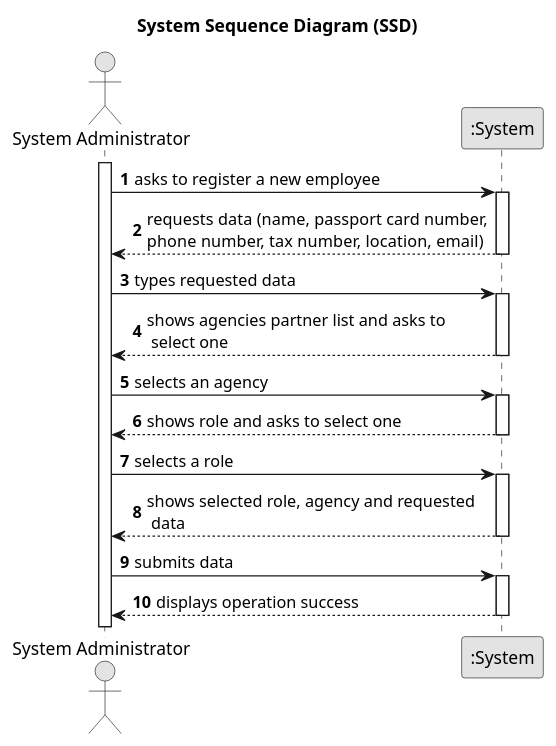
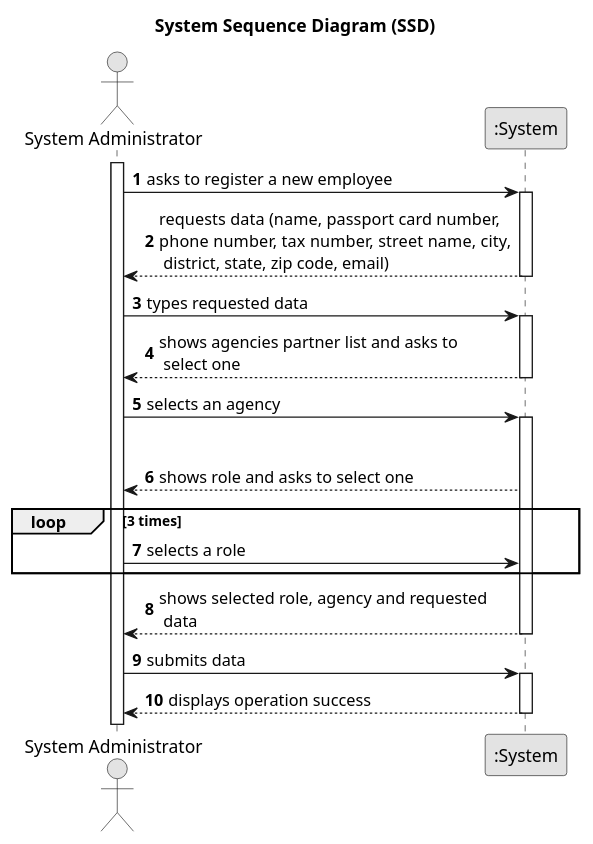
One commit to rita-barbosa/LAPR2-2223 changed the diagram in docs/sprintB/us003/01.requirements-engineering/puml/us003-system-sequence-diagram.puml. Above: the diagram before and after it, drawn with PlantUML. The commit also changed 2 other files, not shown here.

```diff
--- a/docs/sprintB/us003/01.requirements-engineering/puml/us003-system-sequence-diagram.puml
+++ b/docs/sprintB/us003/01.requirements-engineering/puml/us003-system-sequence-diagram.puml
@@ -1,47 +1,45 @@
 @startuml
 skinparam monochrome true
 skinparam packageStyle rectangle
 skinparam shadowing false
 
 title System Sequence Diagram (SSD)
 
 autonumber
 
 actor "System Administrator" as Employee
 participant ":System" as System
 
 activate Employee
 
     Employee -> System : asks to register a new employee
     activate System
 
-        System --> Employee : requests data (name, passport card number,\nphone number, tax number, location, email)
+        System --> Employee : requests data (name, passport card number,\nphone number, tax number, street name, city,\n district, state, zip code, email)
     deactivate System
 
     Employee -> System : types requested data
     activate System
 
         System --> Employee : shows agencies partner list and asks to \n select one
     deactivate System
 
     Employee -> System : selects an agency
     activate System
 
-
+    group Role
     System --> Employee : shows role and asks to select one
-        deactivate System
-
+    loop 3 times
     Employee -> System : selects a role
-            activate System
-
+    end
 
         System --> Employee : shows selected role, agency and requested \n data
     deactivate System
 
     Employee -> System : submits data
     activate System
 
         System --> Employee : displays operation success
     deactivate System
 
 @enduml
```
